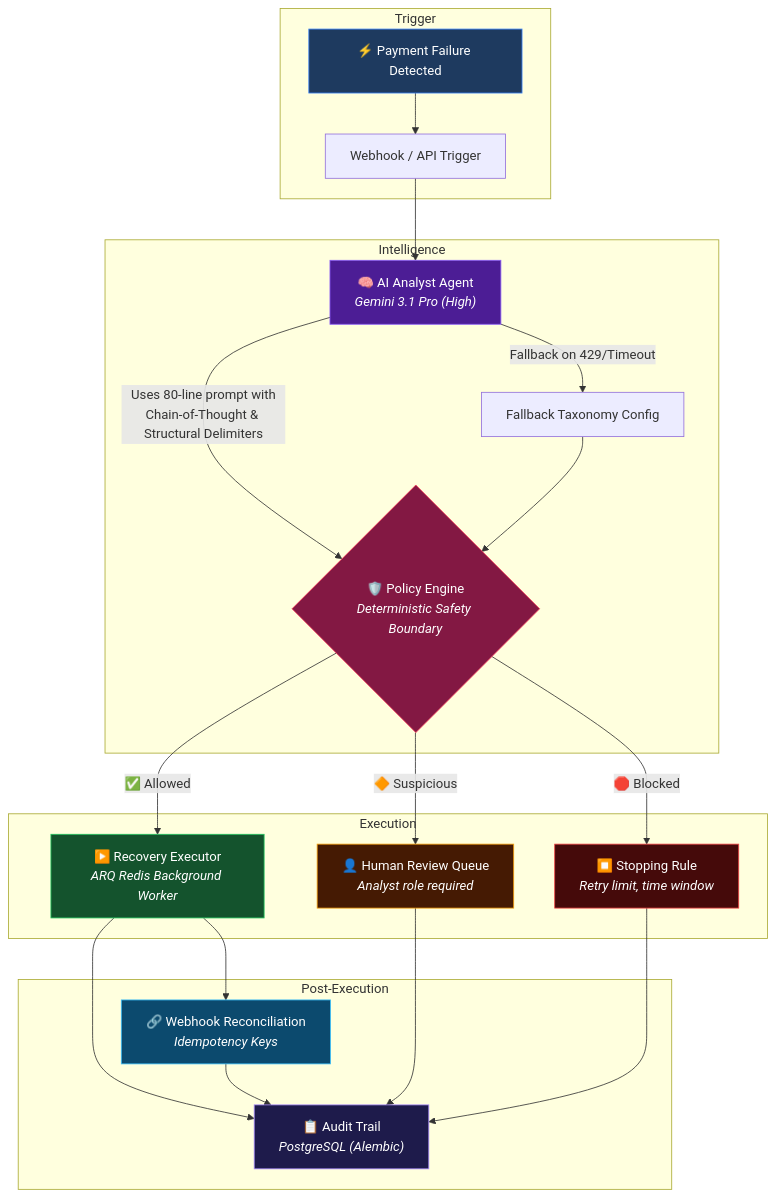
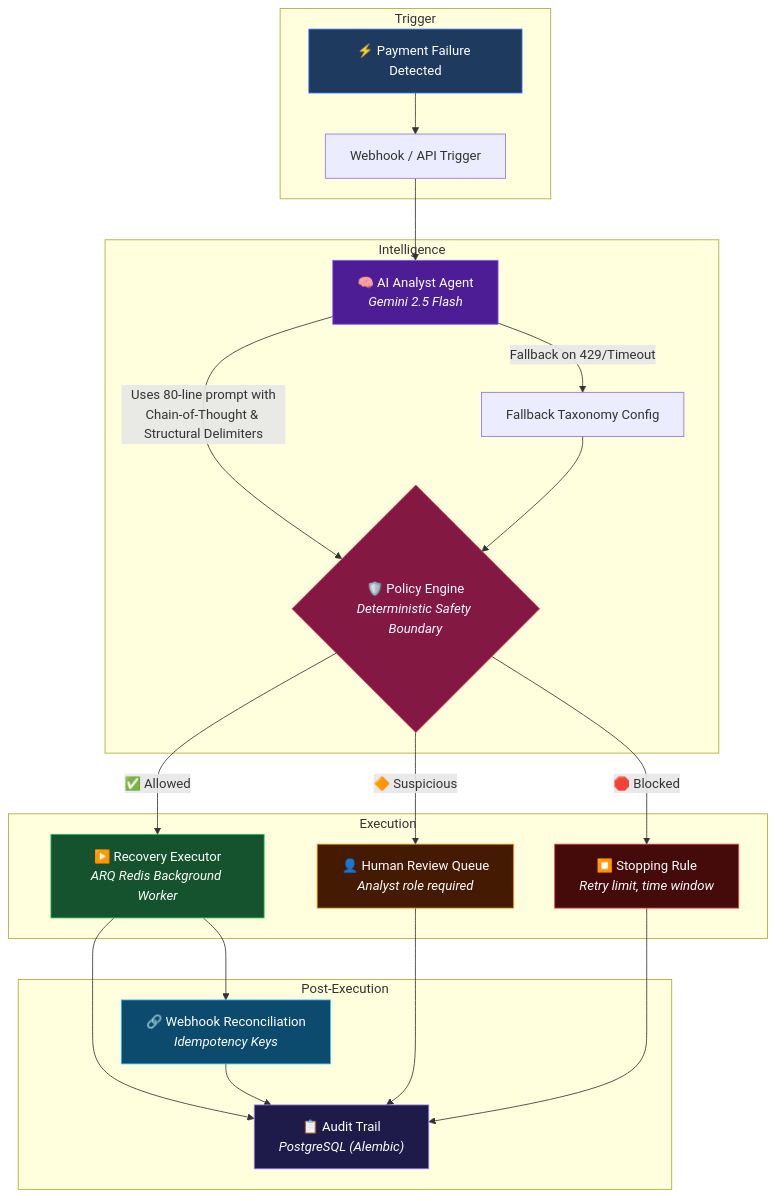
One commit to himanshusinghhls/razorpay-recovery-os changed the diagram in README.md. Above: the diagram before and after it, drawn with Mermaid. The commit also changed other lines of this file, not shown here.

Commit message:
docs: Revert model in README to Gemini 2.5 Flash
The API implementation uses Gemini 2.5 Flash, not 3.1 Pro.

````diff
--- a/README.md
+++ b/README.md
@@ -11,36 +11,36 @@
 ```mermaid
 flowchart TB
     subgraph Trigger
         A["⚡ Payment Failure Detected"] --> B["Webhook / API Trigger"]
     end
 
     subgraph Intelligence
-        B --> C["🧠 AI Analyst Agent<br/><i>Gemini 3.1 Pro (High)</i>"]
+        B --> C["🧠 AI Analyst Agent<br/><i>Gemini 2.5 Flash</i>"]
         C -- "Uses 80-line prompt with<br/>Chain-of-Thought & Structural Delimiters" --> D{"🛡️ Policy Engine<br/><i>Deterministic Safety Boundary</i>"}
         C -- "Fallback on 429/Timeout" --> E["Fallback Taxonomy Config"]
         E --> D
     end
 
     subgraph Execution
         D -->|"✅ Allowed"| F["▶️ Recovery Executor<br/><i>ARQ Redis Background Worker</i>"]
         D -->|"🔶 Suspicious"| G["👤 Human Review Queue<br/><i>Analyst role required</i>"]
         D -->|"🛑 Blocked"| H["⏹️ Stopping Rule<br/><i>Retry limit, time window</i>"]
     end
 
     subgraph Post-Execution
         F --> I["📋 Audit Trail<br/><i>PostgreSQL (Alembic)</i>"]
         G --> I
         H --> I
         F --> J["🔗 Webhook Reconciliation<br/><i>Idempotency Keys</i>"]
         J --> I
     end
 
     style A fill:#1e3a5f,stroke:#3b82f6,color:#fff
     style C fill:#4c1d95,stroke:#8b5cf6,color:#fff
     style D fill:#831843,stroke:#f43f5e,color:#fff
     style F fill:#14532d,stroke:#22c55e,color:#fff
     style G fill:#451a03,stroke:#f59e0b,color:#fff
     style H fill:#450a0a,stroke:#ef4444,color:#fff
     style I fill:#1e1b4b,stroke:#a78bfa,color:#fff
     style J fill:#0c4a6e,stroke:#38bdf8,color:#fff
 ```
````
